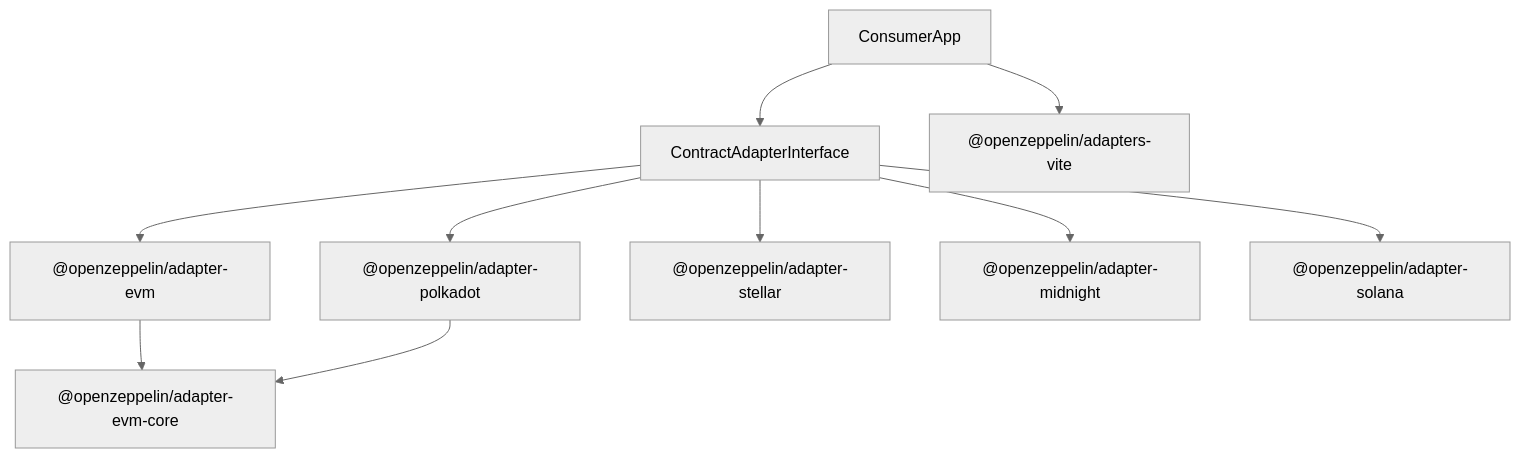
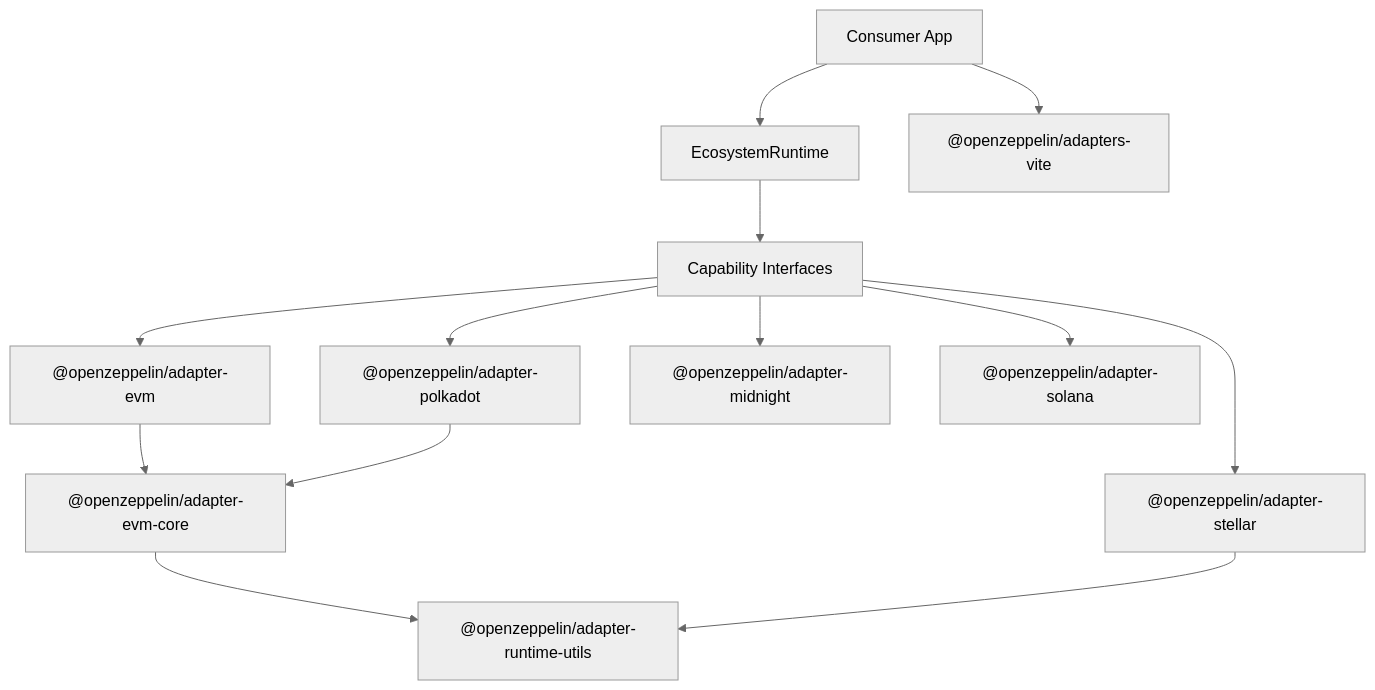
Before and after one commit to OpenZeppelin/openzeppelin-adapters: the diagram in docs/ADAPTER_ARCHITECTURE.md, drawn with Mermaid (neutral theme). The commit also changed other lines of this file and 2 other files, not shown here.

First line of the commit message:
docs(docs): add partial adapter author support (phase 8)

````diff
--- a/docs/ADAPTER_ARCHITECTURE.md
+++ b/docs/ADAPTER_ARCHITECTURE.md
@@ -32,12 +229,15 @@
 ```mermaid
 flowchart TD
-    App[ConsumerApp] --> AdapterInterface[ContractAdapterInterface]
-    AdapterInterface --> Evm["@openzeppelin/adapter-evm"]
-    AdapterInterface --> Polkadot["@openzeppelin/adapter-polkadot"]
-    AdapterInterface --> Stellar["@openzeppelin/adapter-stellar"]
-    AdapterInterface --> Midnight["@openzeppelin/adapter-midnight"]
-    AdapterInterface --> Solana["@openzeppelin/adapter-solana"]
+    App[Consumer App] --> Runtime[EcosystemRuntime]
+    Runtime --> Caps[Capability Interfaces]
+    Caps --> Evm["@openzeppelin/adapter-evm"]
+    Caps --> Polkadot["@openzeppelin/adapter-polkadot"]
+    Caps --> Stellar["@openzeppelin/adapter-stellar"]
+    Caps --> Midnight["@openzeppelin/adapter-midnight"]
+    Caps --> Solana["@openzeppelin/adapter-solana"]
     App --> AdaptersVite["@openzeppelin/adapters-vite"]
     Evm --> EvmCore["@openzeppelin/adapter-evm-core"]
     Polkadot --> EvmCore
+    EvmCore --> RuntimeUtils["@openzeppelin/adapter-runtime-utils"]
+    Stellar --> RuntimeUtils
 ```
````
